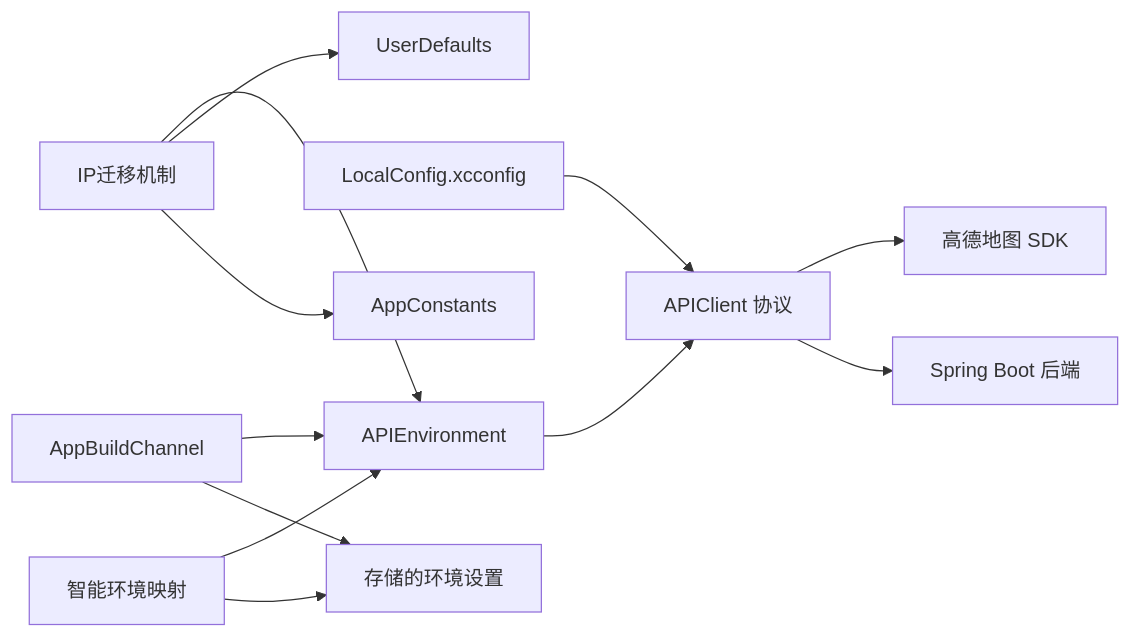
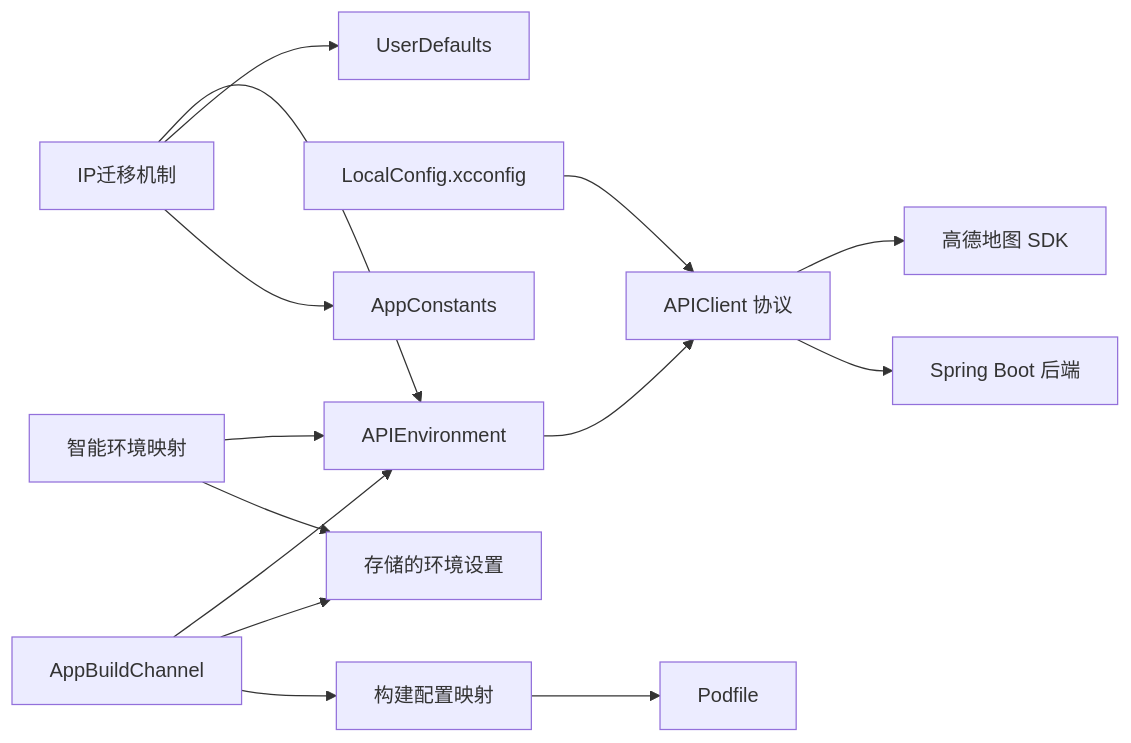
One commit to Jayden23018/blind-run-ios changed the ninth of 9 diagrams in .qoder/repowiki/zh/content/配置与部署/环境配置.md. Above: the diagram before and after it, drawn with Mermaid. The commit also changed other lines of this file and 11 other files, not shown here.

````diff
--- a/.qoder/repowiki/zh/content/配置与部署/环境配置.md
+++ b/.qoder/repowiki/zh/content/配置与部署/环境配置.md
@@ -459,14 +539,16 @@
 ```mermaid
 graph LR
 CHANNEL["AppBuildChannel"] --> ENV["APIEnvironment"]
 ENV --> CLI["APIClient 协议"]
 KEY["LocalConfig.xcconfig"] --> CLI
 IPMIG["IP迁移机制"] --> ENV
 SMARTMAP["智能环境映射"] --> ENV
 CLI --> MAP["高德地图 SDK"]
 CLI --> BE["Spring Boot 后端"]
 IPMIG --> UD["UserDefaults"]
 IPMIG --> CONST["AppConstants"]
 SMARTMAP --> STORED["存储的环境设置"]
 CHANNEL --> STORED
+CHANNEL --> BUILD["构建配置映射"]
+BUILD --> POD["Podfile"]
 ```
````
